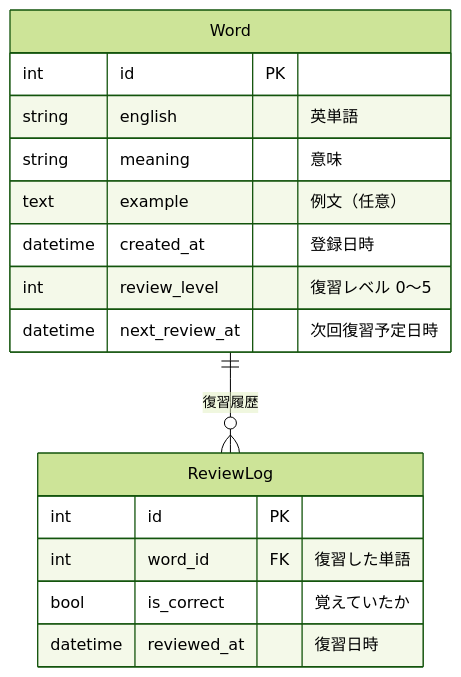
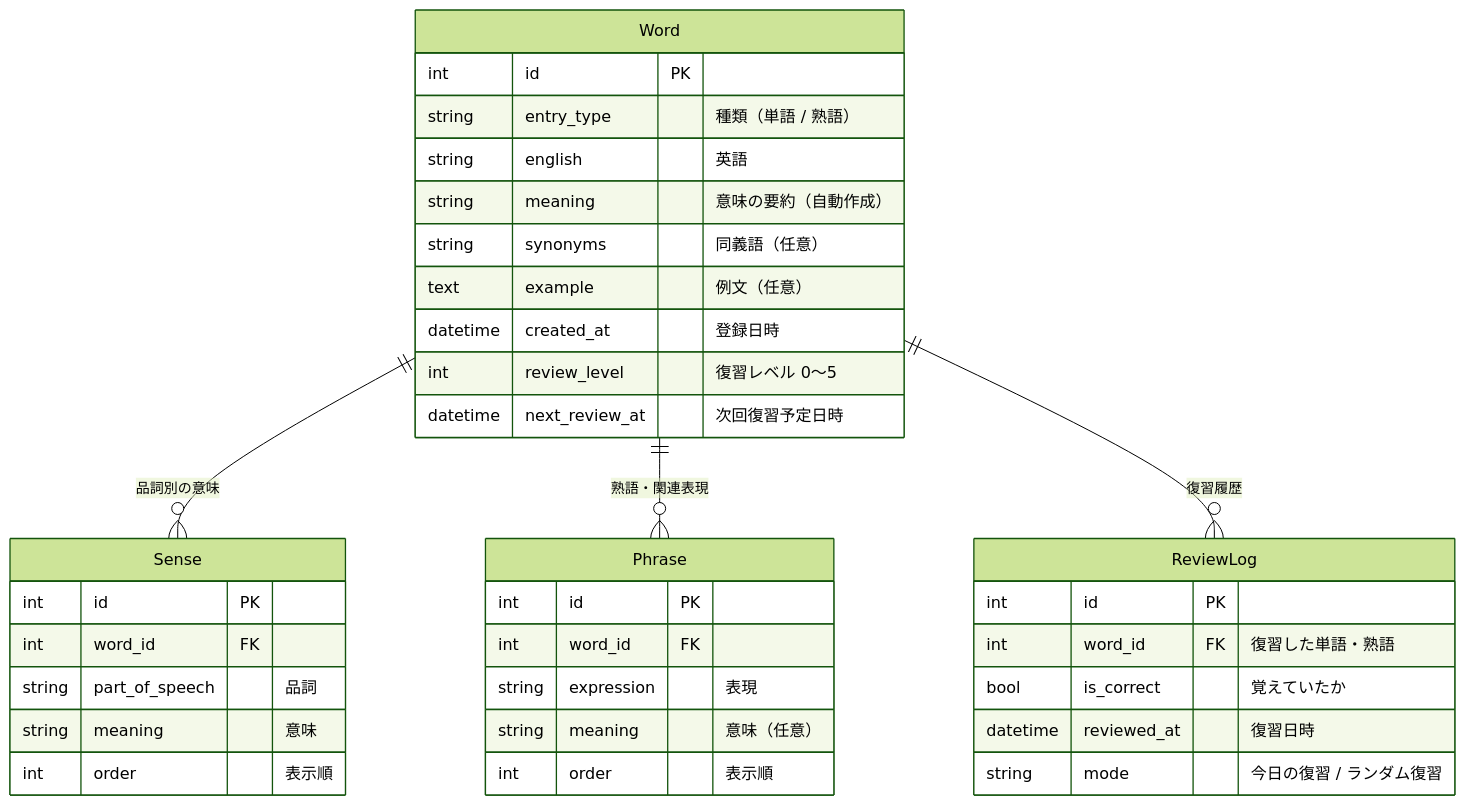
The second of 2 diagrams in README.md (tenten-projects/toeic-review-app), drawn with Mermaid (forest theme) before and after one commit. The commit also changed other lines of this file and 27 other files, not shown here.

````diff
--- a/README.md
+++ b/README.md
@@ -253,19 +287,38 @@
 ```mermaid
 erDiagram
+    Word ||--o{ Sense : "品詞別の意味"
+    Word ||--o{ Phrase : "熟語・関連表現"
     Word ||--o{ ReviewLog : "復習履歴"
     Word {
         int id PK
-        string english "英単語"
-        string meaning "意味"
+        string entry_type "種類（単語 / 熟語）"
+        string english "英語"
+        string meaning "意味の要約（自動作成）"
+        string synonyms "同義語（任意）"
         text example "例文（任意）"
         datetime created_at "登録日時"
         int review_level "復習レベル 0〜5"
         datetime next_review_at "次回復習予定日時"
     }
+    Sense {
+        int id PK
+        int word_id FK
+        string part_of_speech "品詞"
+        string meaning "意味"
+        int order "表示順"
+    }
+    Phrase {
+        int id PK
+        int word_id FK
+        string expression "表現"
+        string meaning "意味（任意）"
+        int order "表示順"
+    }
     ReviewLog {
         int id PK
-        int word_id FK "復習した単語"
+        int word_id FK "復習した単語・熟語"
         bool is_correct "覚えていたか"
         datetime reviewed_at "復習日時"
+        string mode "今日の復習 / ランダム復習"
     }
 ```
````
